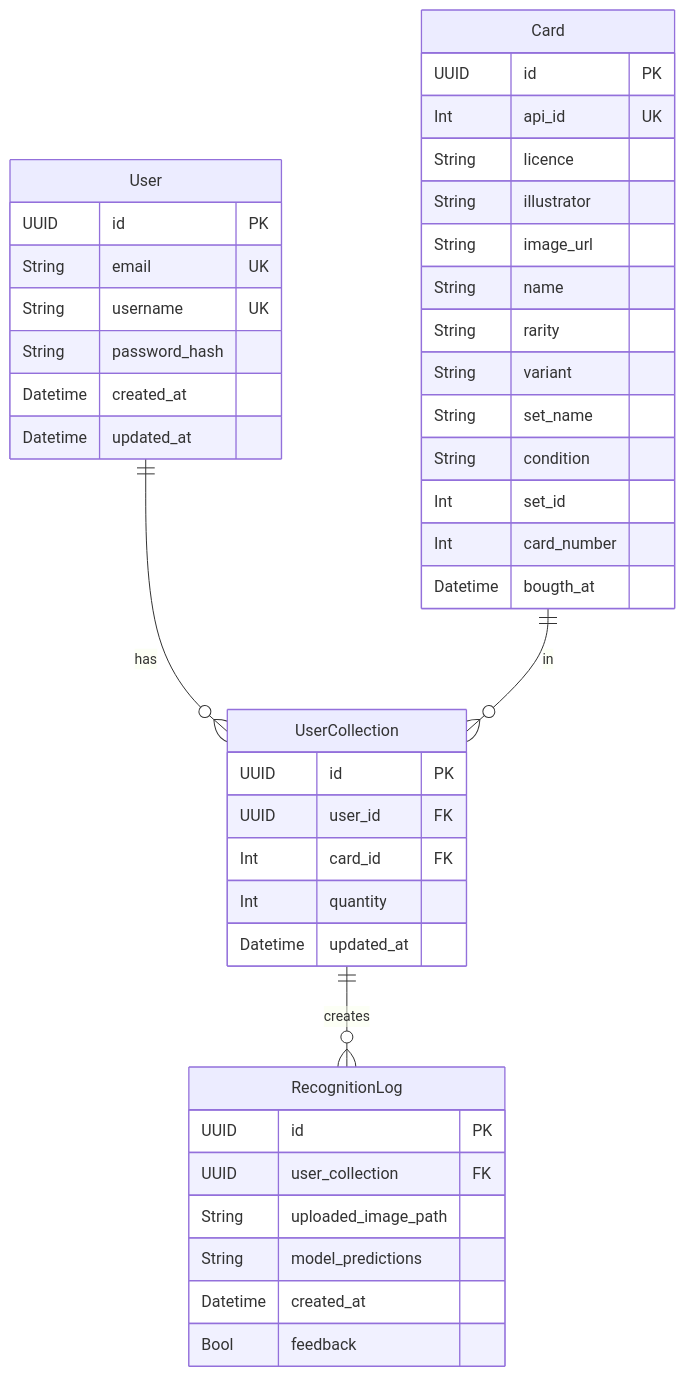
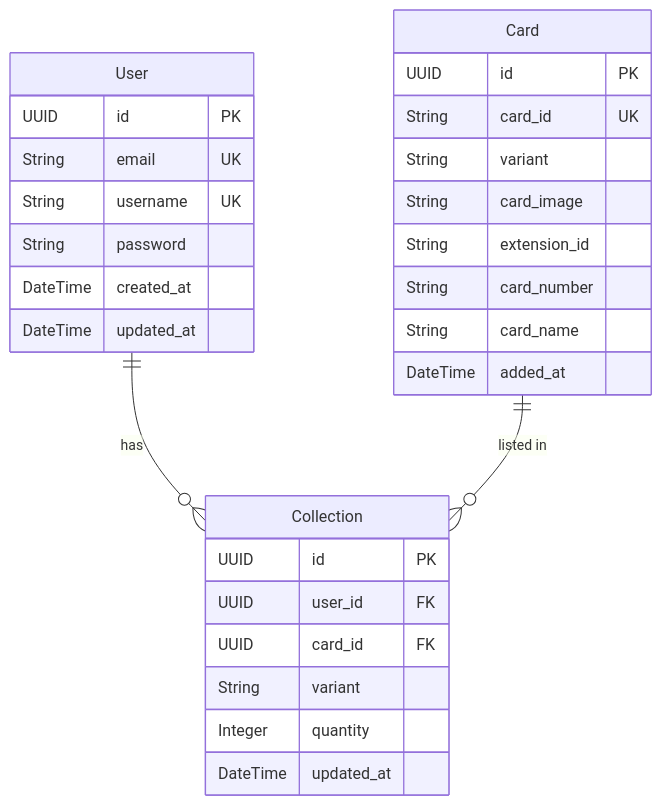
One commit to Franck-dev-hub/card_vault changed the first of 4 diagrams in docs/Stage_3.md. Above: the diagram before and after it, drawn with Mermaid. The commit also changed other lines of this file, not shown here.

Commit message:
update(docs): UML

````diff
--- a/docs/Stage_3.md
+++ b/docs/Stage_3.md
@@ -90,49 +92,34 @@
 ```mermaid
-    erDiagram
+erDiagram
     User {
         UUID id PK
         String email UK
         String username UK
-        String password_hash
-        Datetime created_at
-        Datetime updated_at
+        String password
+        DateTime created_at
+        DateTime updated_at
     }
 
     Card {
-        UUID id PK 
-        Int api_id UK
-        String licence
-        String illustrator
-        String image_url
-        String name
-        String rarity
+        UUID id PK
+        String card_id UK
         String variant
-        String set_name
-        String condition
-        Int set_id
-        Int card_number
-        Datetime bougth_at
+        String card_image
+        String extension_id
+        String card_number
+        String card_name
+        DateTime added_at
     }
 
-    UserCollection {
+    Collection {
         UUID id PK
         UUID user_id FK
-        Int card_id FK
-        Int quantity
-        Datetime updated_at
+        UUID card_id FK
+        String variant
+        Integer quantity
+        DateTime updated_at
     }
 
-    RecognitionLog {
-        UUID id PK
-        UUID user_collection FK
-        String uploaded_image_path
-        String model_predictions
-        Datetime created_at
-        Bool feedback
-    }
-
-    User ||--o{ UserCollection : "has"
-    UserCollection ||--o{ RecognitionLog : "creates"
-    Card ||--o{ UserCollection : "in"
-
+    User ||--o{ Collection : "has"
+    Card ||--o{ Collection : "listed in"
 ```
````
